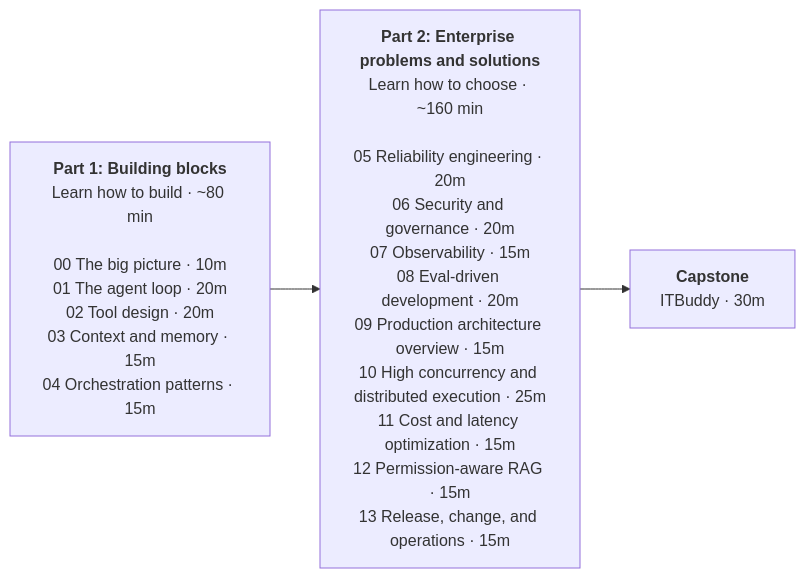
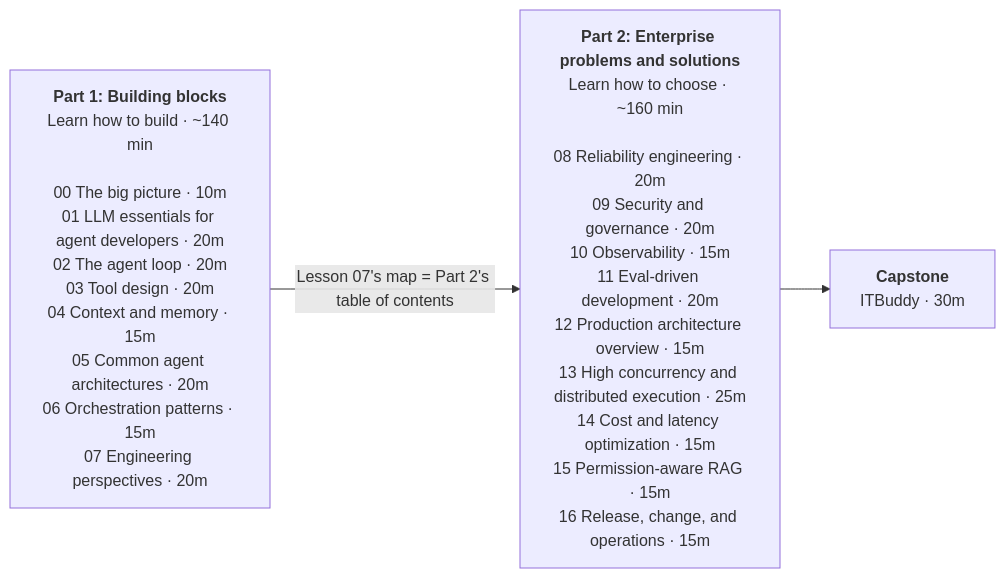
One commit to heaven999b/hello-agent-system changed the fifth of 5 diagrams in lessons/00_overview/README.en.md. Above: the diagram before and after it, drawn with Mermaid. The commit also changed other lines of this file and 29 other files, not shown here.

````diff
--- a/lessons/00_overview/README.en.md
+++ b/lessons/00_overview/README.en.md
@@ -167,7 +174,7 @@
 ```mermaid
 flowchart LR
-    P1["<b>Part 1: Building blocks</b><br/>Learn how to build · ~80 min<br/><br/>00 The big picture · 10m<br/>01 The agent loop · 20m<br/>02 Tool design · 20m<br/>03 Context and memory · 15m<br/>04 Orchestration patterns · 15m"]
-    P2["<b>Part 2: Enterprise problems and solutions</b><br/>Learn how to choose · ~160 min<br/><br/>05 Reliability engineering · 20m<br/>06 Security and governance · 20m<br/>07 Observability · 15m<br/>08 Eval-driven development · 20m<br/>09 Production architecture overview · 15m<br/>10 High concurrency and distributed execution · 25m<br/>11 Cost and latency optimization · 15m<br/>12 Permission-aware RAG · 15m<br/>13 Release, change, and operations · 15m"]
+    P1["<b>Part 1: Building blocks</b><br/>Learn how to build · ~140 min<br/><br/>00 The big picture · 10m<br/>01 LLM essentials for agent developers · 20m<br/>02 The agent loop · 20m<br/>03 Tool design · 20m<br/>04 Context and memory · 15m<br/>05 Common agent architectures · 20m<br/>06 Orchestration patterns · 15m<br/>07 Engineering perspectives · 20m"]
+    P2["<b>Part 2: Enterprise problems and solutions</b><br/>Learn how to choose · ~160 min<br/><br/>08 Reliability engineering · 20m<br/>09 Security and governance · 20m<br/>10 Observability · 15m<br/>11 Eval-driven development · 20m<br/>12 Production architecture overview · 15m<br/>13 High concurrency and distributed execution · 25m<br/>14 Cost and latency optimization · 15m<br/>15 Permission-aware RAG · 15m<br/>16 Release, change, and operations · 15m"]
     CP["<b>Capstone</b><br/>ITBuddy · 30m"]
-    P1 --> P2 --> CP
+    P1 -->|"Lesson 07's map = Part 2's table of contents"| P2 --> CP
 ```
````
